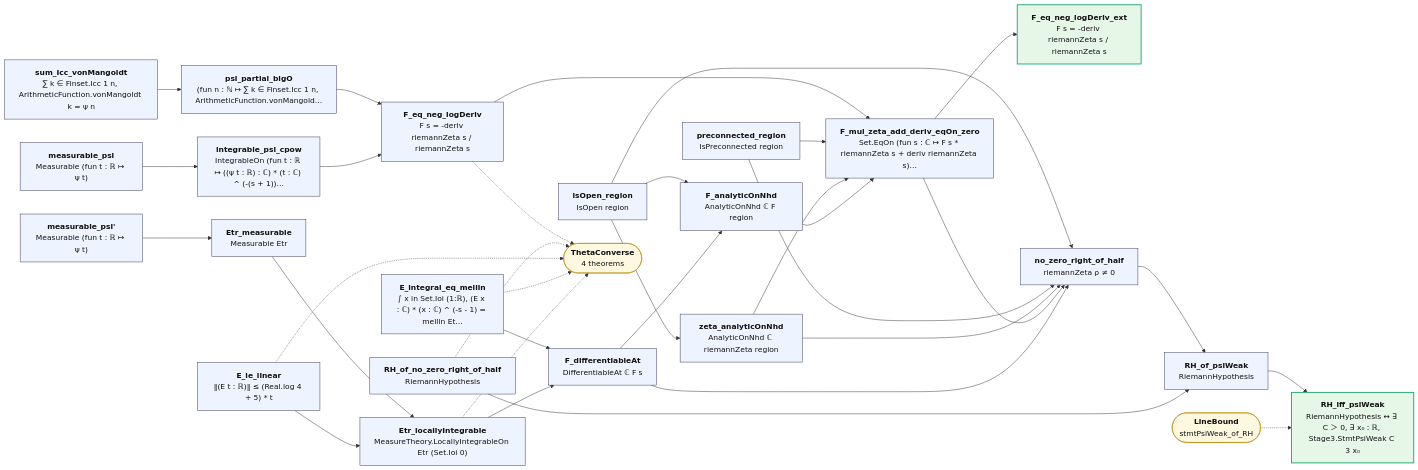
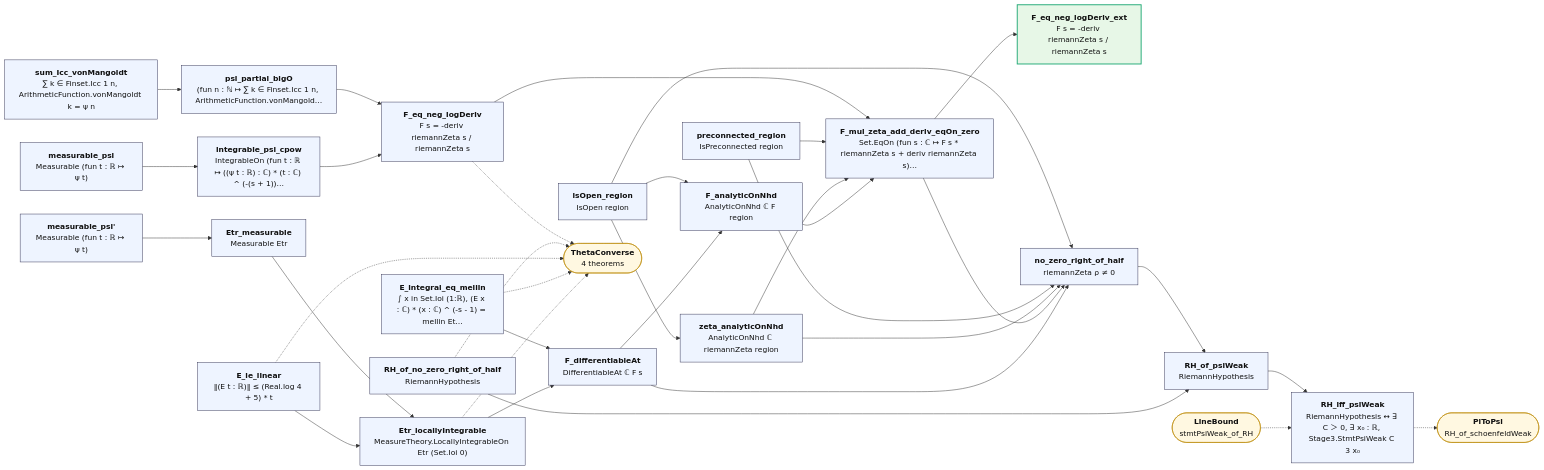
One commit to juliansambranojr/Primebeat_081426 changed the diagram in map/lean_stage3/VonKochScaffold.mmd. Above: the diagram before and after it, drawn with Mermaid. The commit also changed 54 other files, not shown here.

First line of the commit message:
PiToPsi.lean, CellResidual.lean: RH holds exactly when every cell's residual, on every dyadic ladder, stays at square-root size (RH_iff_cells); RH is the square-root bound on pi minus Li (RH_iff_schoenfeldWeak); forward on the table itself (table_cell_resid); joint T5 SEALED; units 0427, 0428 logged

```diff
--- a/map/lean_stage3/VonKochScaffold.mmd
+++ b/map/lean_stage3/VonKochScaffold.mmd
@@ -1,60 +1,62 @@
 flowchart LR
   n0["<b>measurable_psi'</b><br/>Measurable (fun t : ℝ ↦ ψ t)"]:::thm
   n1["<b>Etr_measurable</b><br/>Measurable Etr"]:::thm
   n2["<b>E_le_linear</b><br/>‖(E t : ℝ)‖ ≤ (Real.log 4 + 5) * t"]:::thm
   n3["<b>E_integral_eq_mellin</b><br/>∫ x in Set.Ioi (1:ℝ), (E x : ℂ) * (x : ℂ) ^ (-s - 1) = mellin Et…"]:::thm
   n4["<b>Etr_locallyIntegrable</b><br/>MeasureTheory.LocallyIntegrableOn Etr (Set.Ioi 0)"]:::thm
   n5["<b>F_differentiableAt</b><br/>DifferentiableAt ℂ F s"]:::thm
   n6["<b>sum_Icc_vonMangoldt</b><br/>∑ k ∈ Finset.Icc 1 n, ArithmeticFunction.vonMangoldt k = ψ n"]:::thm
   n7["<b>psi_partial_bigO</b><br/>(fun n : ℕ ↦ ∑ k ∈ Finset.Icc 1 n, ArithmeticFunction.vonMangold…"]:::thm
   n8["<b>measurable_psi</b><br/>Measurable (fun t : ℝ ↦ ψ t)"]:::thm
   n9["<b>integrable_psi_cpow</b><br/>IntegrableOn (fun t : ℝ ↦ ((ψ t : ℝ) : ℂ) * (t : ℂ) ^ (-(s + 1))…"]:::thm
   n10["<b>F_eq_neg_logDeriv</b><br/>F s = -deriv riemannZeta s / riemannZeta s"]:::thm
   n11["<b>isOpen_region</b><br/>IsOpen region"]:::thm
   n12["<b>preconnected_region</b><br/>IsPreconnected region"]:::thm
   n13["<b>zeta_analyticOnNhd</b><br/>AnalyticOnNhd ℂ riemannZeta region"]:::thm
   n14["<b>F_analyticOnNhd</b><br/>AnalyticOnNhd ℂ F region"]:::thm
   n15["<b>F_mul_zeta_add_deriv_eqOn_zero</b><br/>Set.EqOn (fun s : ℂ ↦ F s * riemannZeta s + deriv riemannZeta s)…"]:::thm
   n16["<b>F_eq_neg_logDeriv_ext</b><br/>F s = -deriv riemannZeta s / riemannZeta s"]:::end_
   n17["<b>no_zero_right_of_half</b><br/>riemannZeta ρ ≠ 0"]:::thm
   n18["<b>RH_of_no_zero_right_of_half</b><br/>RiemannHypothesis"]:::thm
   n19["<b>RH_of_psiWeak</b><br/>RiemannHypothesis"]:::thm
-  n20["<b>RH_iff_psiWeak</b><br/>RiemannHypothesis ↔ ∃ C ＞ 0, ∃ x₀ : ℝ, Stage3.StmtPsiWeak C 3 x₀"]:::end_
+  n20["<b>RH_iff_psiWeak</b><br/>RiemannHypothesis ↔ ∃ C ＞ 0, ∃ x₀ : ℝ, Stage3.StmtPsiWeak C 3 x₀"]:::thm
   x0(["<b>ThetaConverse</b><br/>4 theorems"]):::ext
   x1(["<b>LineBound</b><br/>stmtPsiWeak_of_RH"]):::ext
+  x2(["<b>PiToPsi</b><br/>RH_of_schoenfeldWeak"]):::ext
   n0 --> n1
   n1 --> n4
   n10 --> n15
   n11 --> n13
   n11 --> n14
   n11 --> n17
   n12 --> n15
   n12 --> n17
   n13 --> n15
   n13 --> n17
   n14 --> n15
   n15 --> n16
   n15 --> n17
   n17 --> n19
   n18 --> n19
   n19 --> n20
   n2 --> n4
   n3 --> n5
   n4 --> n5
   n5 --> n14
   n5 --> n17
   n6 --> n7
   n7 --> n10
   n8 --> n9
   n9 --> n10
   n10 -.-> x0
   n18 -.-> x0
   n2 -.-> x0
+  n20 -.-> x2
   n3 -.-> x0
   n4 -.-> x0
   x1 -.-> n20
   classDef thm fill:#eef4ff,stroke:#335,color:#111
   classDef end_ fill:#e7f7e7,stroke:#2a7,color:#111,stroke-width:2px
   classDef lone fill:#fff,stroke:#999,color:#111,stroke-dasharray:4 3
   classDef bad fill:#ffe5e5,stroke:#c22,color:#111,stroke-width:2px
   classDef ext fill:#fff8e1,stroke:#b80,color:#111
```
